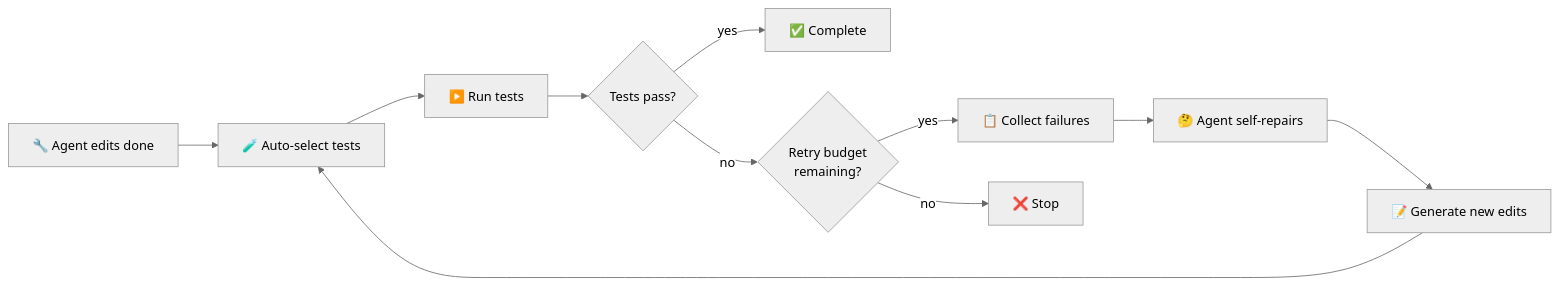
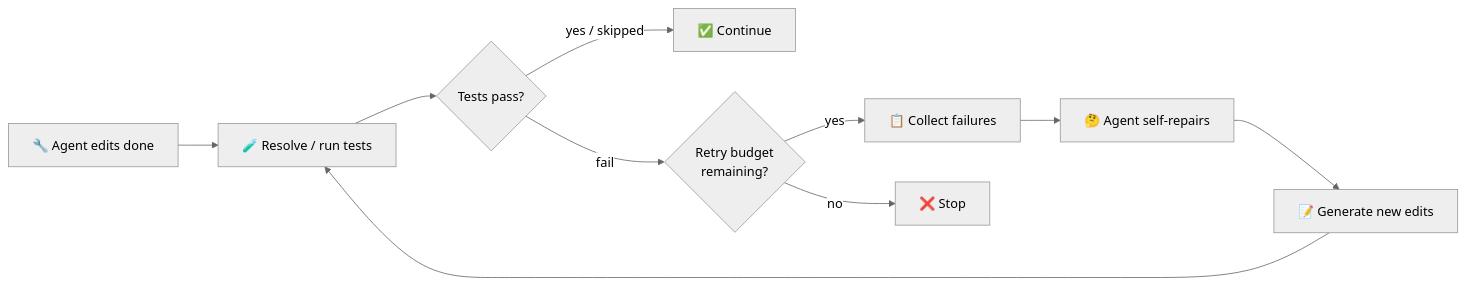
Before and after one commit to NumarAI/numar-releases: the third of 3 diagrams in README.md, drawn with Mermaid (neutral theme). The commit also changed other lines of this file and 1 other file, not shown here.

First line of the commit message:
docs: refresh README for Agent Workflow, SO Mode, and Compile/Test

````diff
--- a/README.md
+++ b/README.md
@@ -228,13 +261,12 @@
 ```mermaid
 graph LR
-    A["🔧 Agent edits done"] --> B["🧪 Auto-select tests"]
-    B --> C["▶️ Run tests"]
-    C --> D{Tests pass?}
-    D -->|yes| E["✅ Complete"]
-    D -->|no| F{Retry budget<br/>remaining?}
+    A["🔧 Agent edits done"] --> B["🧪 Resolve / run tests"]
+    B --> C{Tests pass?}
+    C -->|yes / skipped| E["✅ Continue"]
+    C -->|fail| F{Retry budget<br/>remaining?}
     F -->|yes| G["📋 Collect failures"]
     G --> H["🤔 Agent self-repairs"]
     H --> I["📝 Generate new edits"]
     I --> B
     F -->|no| J["❌ Stop"]
 ```
````
